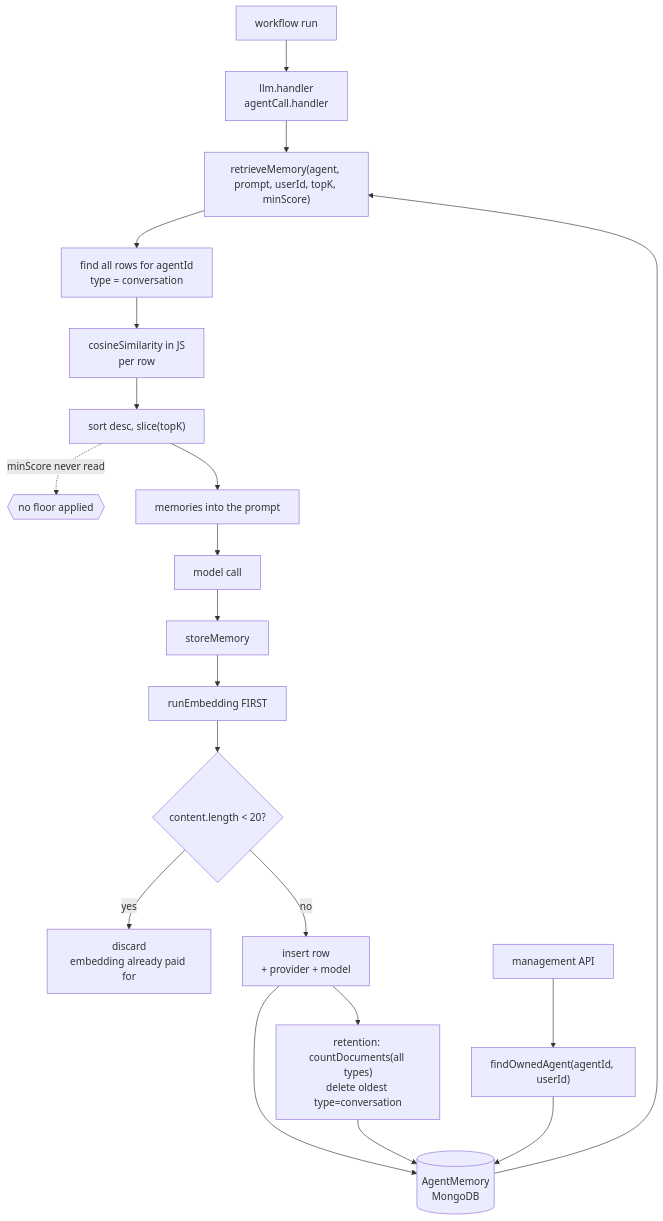
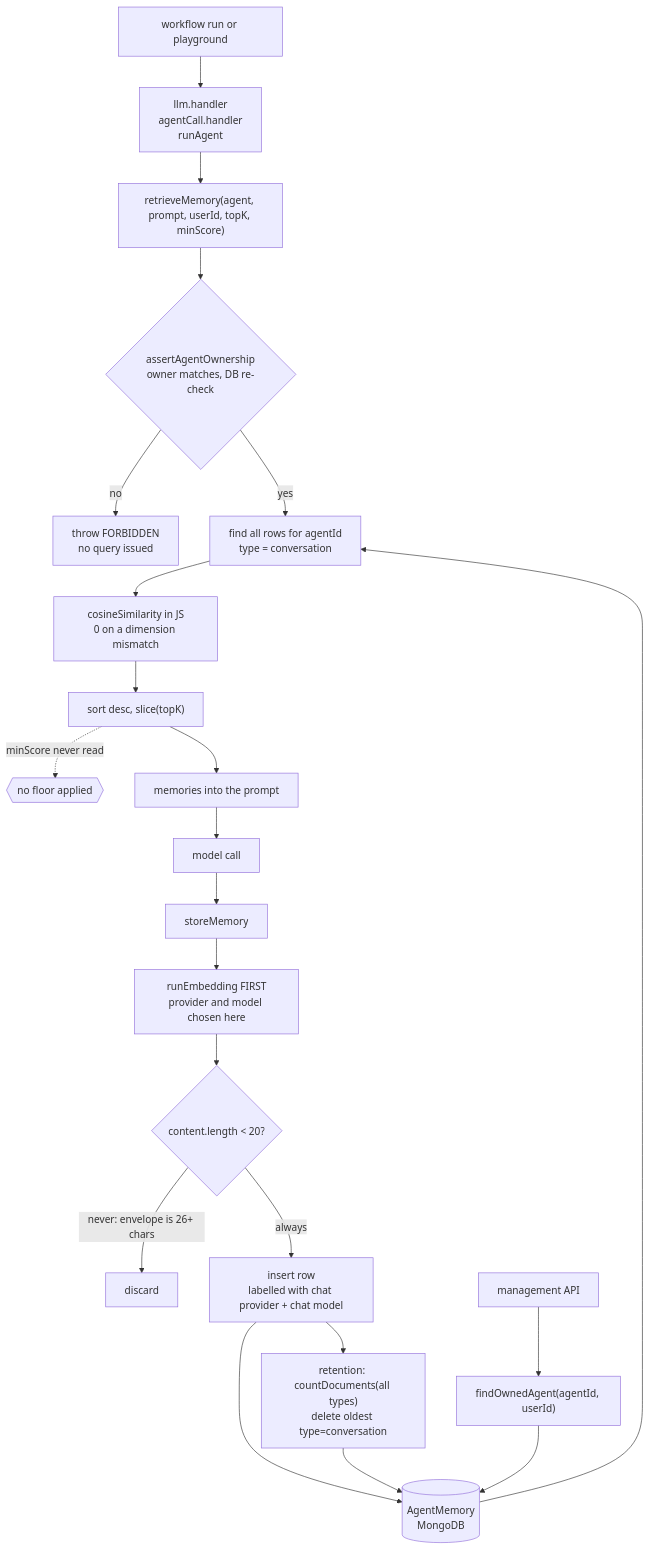
Before and after one commit to neoneye/agent-memory-atlas: the diagram in content/systems/ai-agent-automation.md, drawn with Mermaid. The commit also changed other lines of this file and 11 other files, not shown here.

First line of the commit message:
Audit ai-agent-automation at an unchanged pin: the embedding fields record the chat model

````diff
--- a/content/systems/ai-agent-automation.md
+++ b/content/systems/ai-agent-automation.md
@@ -109,24 +114,26 @@
 ```mermaid
 flowchart TD
-%% caption: two workflow handlers bracket their model call with recall and store, and the recall function declares a similarity floor its body never reads — so the caller that passes 0.45 gets every top-k hit regardless of score
-    RUN["workflow run"] --> H["llm.handler<br/>agentCall.handler"]
+%% caption: recall checks ownership first and then applies no floor, so every top-k row reaches the prompt; the store labels each vector with the chat model, and its length guard measures an envelope that always passes
+    RUN["workflow run or playground"] --> H["llm.handler<br/>agentCall.handler<br/>runAgent"]
     H --> RET["retrieveMemory(agent, prompt, userId, topK, minScore)"]
-    DB[("AgentMemory<br/>MongoDB")] --> RET
-    RET --> SCAN["find all rows for agentId<br/>type = conversation"]
-    SCAN --> COS["cosineSimilarity in JS<br/>per row"]
+    RET --> OWN{"assertAgentOwnership<br/>owner matches, DB re-check"}
+    OWN -->|"no"| FORB["throw FORBIDDEN<br/>no query issued"]
+    OWN -->|"yes"| SCAN["find all rows for agentId<br/>type = conversation"]
+    DB[("AgentMemory<br/>MongoDB")] --> SCAN
+    SCAN --> COS["cosineSimilarity in JS<br/>0 on a dimension mismatch"]
     COS --> SORT["sort desc, slice(topK)"]
     SORT -.->|"minScore never read"| FLOOR{{"no floor applied"}}
     SORT --> PROMPT["memories into the prompt"]
     PROMPT --> LLM["model call"]
     LLM --> STORE["storeMemory"]
-    STORE --> EMB["runEmbedding FIRST"]
+    STORE --> EMB["runEmbedding FIRST<br/>provider and model chosen here"]
     EMB --> GUARD{"content.length < 20?"}
-    GUARD -->|"yes"| DROP["discard<br/>embedding already paid for"]
-    GUARD -->|"no"| INS["insert row<br/>+ provider + model"]
+    GUARD -->|"never: envelope is 26+ chars"| DROP["discard"]
+    GUARD -->|"always"| INS["insert row<br/>labelled with chat provider + chat model"]
     INS --> DB
     INS --> RETN["retention: countDocuments(all types)<br/>delete oldest type=conversation"]
     RETN --> DB
 
-    UI["management API"] --> OWN["findOwnedAgent(agentId, userId)"]
-    OWN --> DB
+    UI["management API"] --> FOA["findOwnedAgent(agentId, userId)"]
+    FOA --> DB
 ```
````
